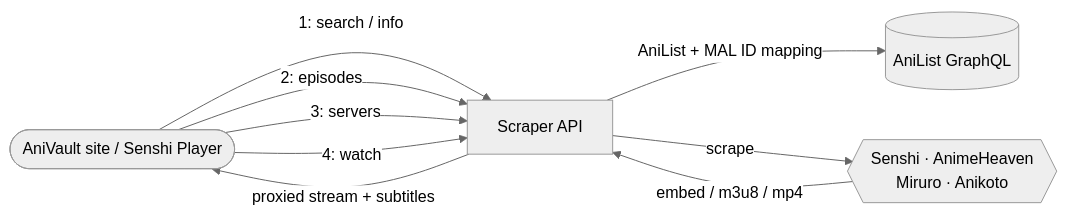
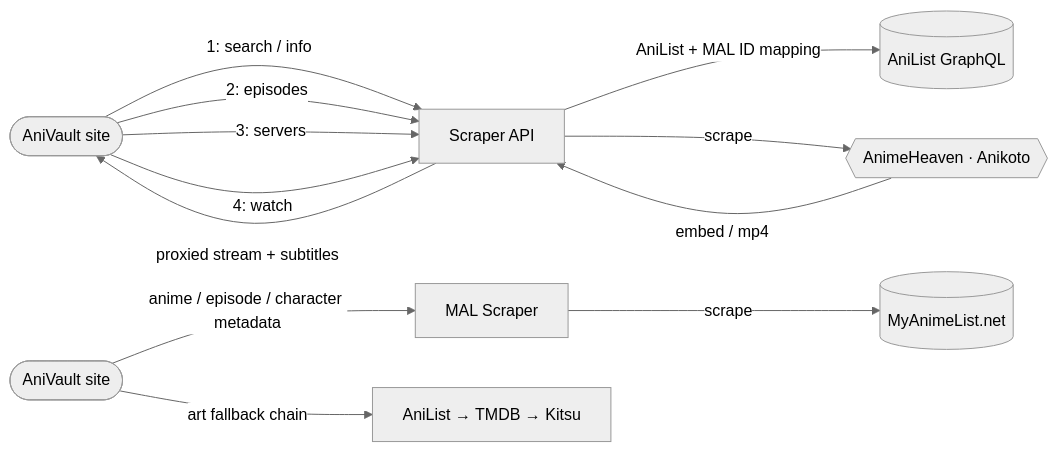
Before and after one commit to SH0MIK/Anivault-Scraper: the diagram in README.md, drawn with Mermaid (neutral theme). The commit also changed other lines of this file and 19 other files, not shown here.

Commit message:
Replace scraper API with v2.0.0: MAL scraper, AniList/TMDB/Kitsu fallbacks, drop dead sources

````diff
--- a/README.md
+++ b/README.md
@@ -17,11 +19,15 @@
 ```mermaid
 flowchart LR
-    Client([AniVault site / Senshi Player]) -->|1: search / info| API[Scraper API]
+    Client([AniVault site]) -->|1: search / info| API[Scraper API]
     API -->|AniList + MAL ID mapping| AniList[(AniList GraphQL)]
     Client -->|2: episodes| API
     Client -->|3: servers| API
     Client -->|4: watch| API
-    API -->|scrape| Sources{{Senshi · AnimeHeaven<br/>Miruro · Anikoto}}
-    Sources -->|embed / m3u8 / mp4| API
+    API -->|scrape| Sources{{AnimeHeaven · Anikoto}}
+    Sources -->|embed / mp4| API
     API -->|proxied stream + subtitles| Client
+
+    Client2([AniVault site]) -->|anime / episode / character metadata| MAL[MAL Scraper]
+    MAL -->|scrape| MyAnimeList[(MyAnimeList.net)]
+    Client2 -->|art fallback chain| Art[AniList → TMDB → Kitsu]
 ```
````
